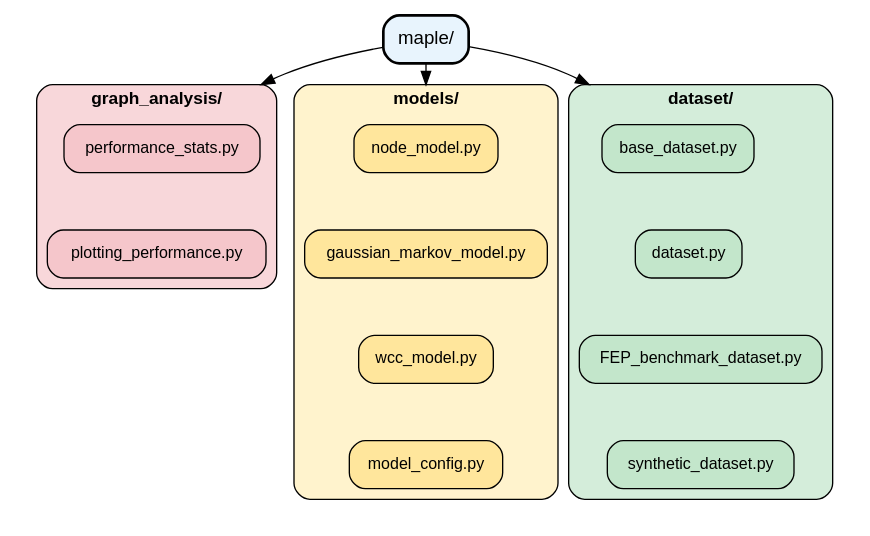
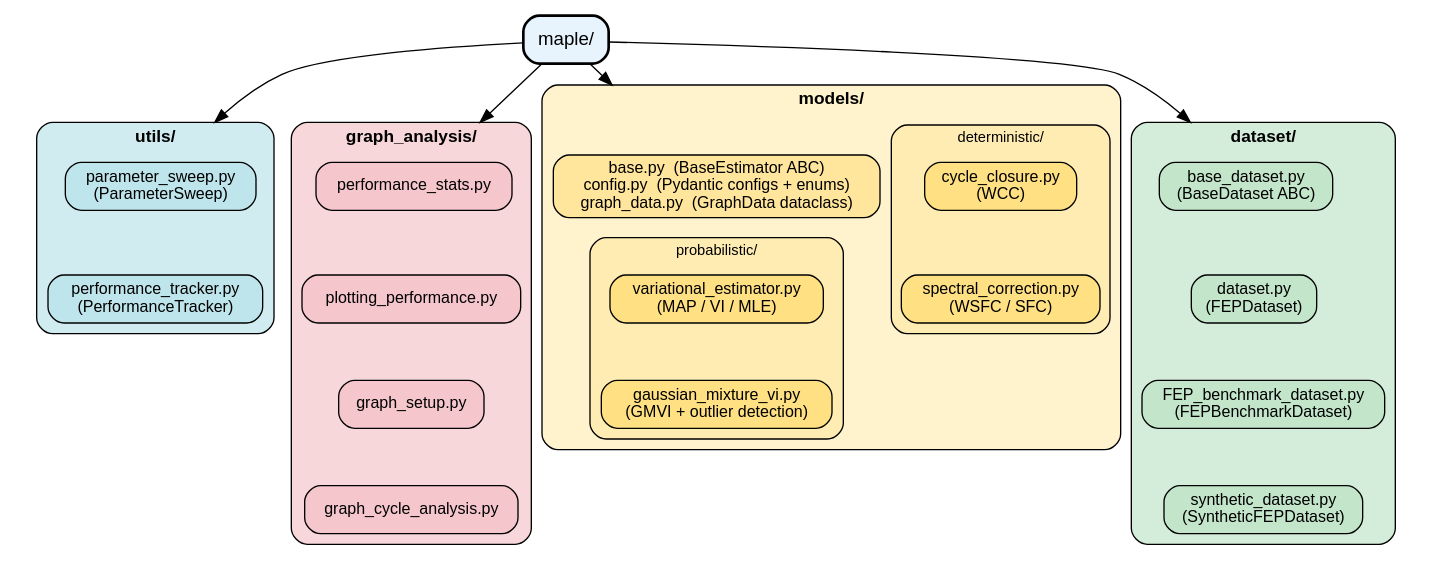
The first of 4 diagrams in docs/user_guide/architecture.rst (aakankschit/MAPLE-fep), drawn with Graphviz before and after one commit. The commit also changed other lines of this file and 47 other files, not shown here.

First line of the commit message:
Restructure models into probabilistic/deterministic subpackages and overhaul documentation

```diff
--- a/docs/user_guide/architecture.rst
+++ b/docs/user_guide/architecture.rst
@@ -31,57 +31,96 @@
        compound=true;
        nodesep=0.4;
        ranksep=0.6;
-       
+
        maple [label="maple/", fillcolor="#E8F4FD", style="rounded,filled,bold", fontsize=14];
-       
+
        subgraph cluster_packages {
            style=invis;
-           
+
            subgraph cluster_dataset {
                label="dataset/";
                style="rounded,filled";
                fillcolor="#D4EDDA";
                fontname="Helvetica-Bold";
                fontsize=13;
-               
-               base_dataset [label="base_dataset.py", fillcolor="#C3E6CB"];
-               dataset [label="dataset.py", fillcolor="#C3E6CB"];
-               benchmark [label="FEP_benchmark_dataset.py", fillcolor="#C3E6CB"];
-               synthetic [label="synthetic_dataset.py", fillcolor="#C3E6CB"];
-               
+
+               base_dataset [label="base_dataset.py\n(BaseDataset ABC)", fillcolor="#C3E6CB"];
+               dataset [label="dataset.py\n(FEPDataset)", fillcolor="#C3E6CB"];
+               benchmark [label="FEP_benchmark_dataset.py\n(FEPBenchmarkDataset)", fillcolor="#C3E6CB"];
+               synthetic [label="synthetic_dataset.py\n(SyntheticFEPDataset)", fillcolor="#C3E6CB"];
+
                base_dataset -> dataset -> benchmark -> synthetic [style=invis];
            }
-           
+
            subgraph cluster_models {
                label="models/";
                style="rounded,filled";
                fillcolor="#FFF3CD";
                fontname="Helvetica-Bold";
                fontsize=13;
-               
-               node_model [label="node_model.py", fillcolor="#FFE69C"];
-               gmvi_model [label="gaussian_markov_model.py", fillcolor="#FFE69C"];
-               wcc_model [label="wcc_model.py", fillcolor="#FFE69C"];
-               model_config [label="model_config.py", fillcolor="#FFE69C"];
-               
-               node_model -> gmvi_model -> wcc_model -> model_config [style=invis];
+
+               model_base [label="base.py  (BaseEstimator ABC)\nconfig.py  (Pydantic configs + enums)\ngraph_data.py  (GraphData dataclass)", fillcolor="#FFE69C"];
+
+               subgraph cluster_prob {
+                   label="probabilistic/";
+                   style="rounded,filled";
+                   fillcolor="#FFECB3";
+                   fontname="Helvetica";
+                   fontsize=11;
+
+                   var_est [label="variational_estimator.py\n(MAP / VI / MLE)", fillcolor="#FFE082"];
+                   gmvi_model [label="gaussian_mixture_vi.py\n(GMVI + outlier detection)", fillcolor="#FFE082"];
+
+                   var_est -> gmvi_model [style=invis];
+               }
+
+               subgraph cluster_det {
+                   label="deterministic/";
+                   style="rounded,filled";
+                   fillcolor="#FFECB3";
+                   fontname="Helvetica";
+                   fontsize=11;
+
+                   wcc_model [label="cycle_closure.py\n(WCC)", fillcolor="#FFE082"];
+                   wsfc_model [label="spectral_correction.py\n(WSFC / SFC)", fillcolor="#FFE082"];
+
+                   wcc_model -> wsfc_model [style=invis];
+               }
+
+               model_base -> var_est [style=invis];
            }
-           
+
            subgraph cluster_analysis {
                label="graph_analysis/";
                style="rounded,filled";
                fillcolor="#F8D7DA";
                fontname="Helvetica-Bold";
                fontsize=13;
-               
+
                perf_stats [label="performance_stats.py", fillcolor="#F5C6CB"];
                plotting [label="plotting_performance.py", fillcolor="#F5C6CB"];
-               
-               perf_stats -> plotting [style=invis];
+               graph_setup [label="graph_setup.py", fillcolor="#F5C6CB"];
+               cycle_analysis [label="graph_cycle_analysis.py", fillcolor="#F5C6CB"];
+
+               perf_stats -> plotting -> graph_setup -> cycle_analysis [style=invis];
+           }
+
+           subgraph cluster_utils {
+               label="utils/";
+               style="rounded,filled";
+               fillcolor="#D1ECF1";
+               fontname="Helvetica-Bold";
+               fontsize=13;
+
+               param_sweep [label="parameter_sweep.py\n(ParameterSweep)", fillcolor="#BEE5EB"];
+               perf_tracker [label="performance_tracker.py\n(PerformanceTracker)", fillcolor="#BEE5EB"];
+
+               param_sweep -> perf_tracker [style=invis];
            }
        }
-       
+
        maple -> base_dataset [lhead=cluster_dataset];
-       maple -> node_model [lhead=cluster_models];
+       maple -> model_base [lhead=cluster_models];
        maple -> perf_stats [lhead=cluster_analysis];
+       maple -> param_sweep [lhead=cluster_utils];
    }
```
